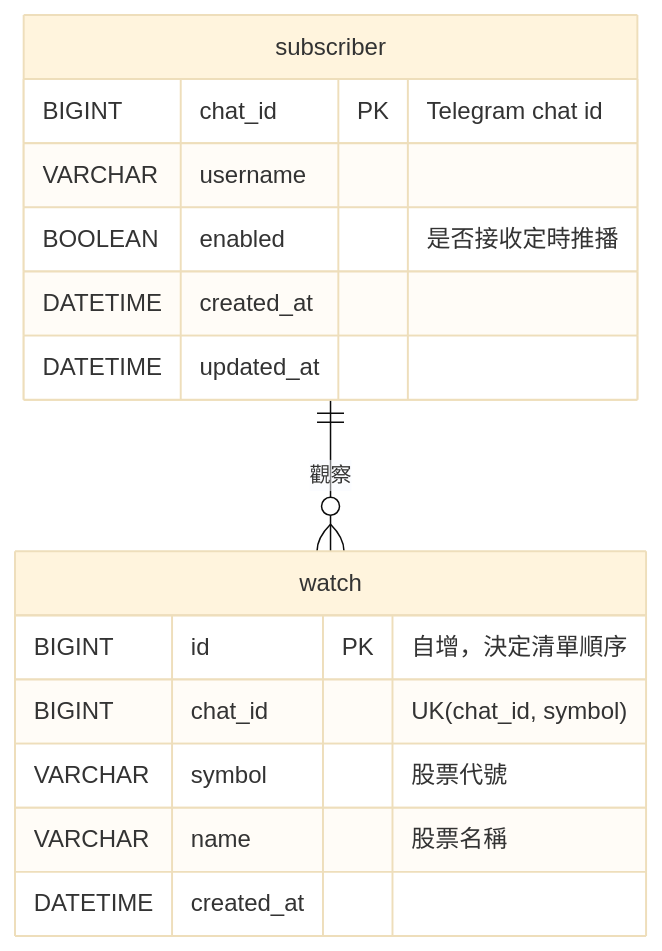
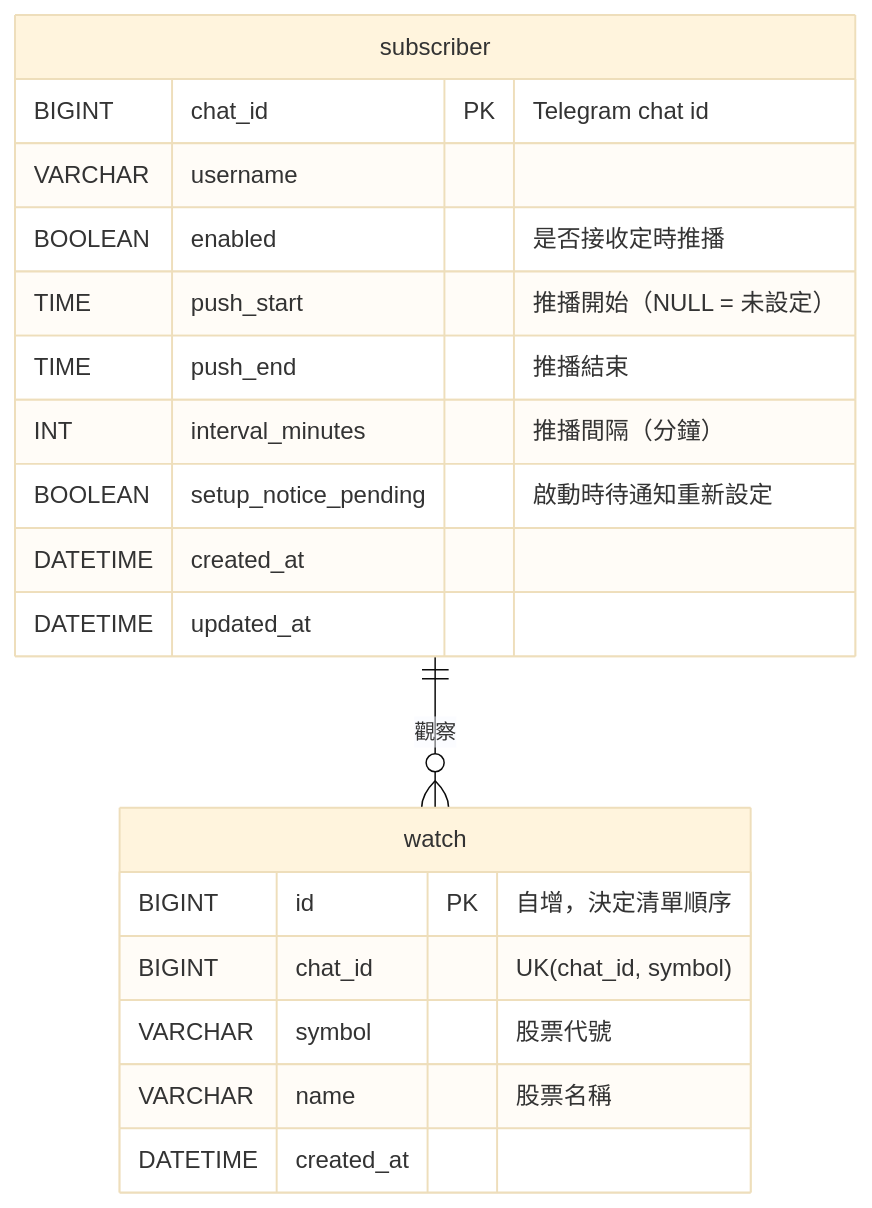
The fifth of 5 diagrams in docs/architecture.md (enochctcg/stock-bot-2), drawn with Mermaid (base theme) before and after one commit. The commit also changed other lines of this file and 19 other files, not shown here.

````diff
--- a/docs/architecture.md
+++ b/docs/architecture.md
@@ -147,18 +183,22 @@
 ```mermaid
 erDiagram
     subscriber ||--o{ watch : "觀察"
     subscriber {
         BIGINT chat_id PK "Telegram chat id"
         VARCHAR username
         BOOLEAN enabled "是否接收定時推播"
+        TIME push_start "推播開始（NULL = 未設定）"
+        TIME push_end "推播結束"
+        INT interval_minutes "推播間隔（分鐘）"
+        BOOLEAN setup_notice_pending "啟動時待通知重新設定"
         DATETIME created_at
         DATETIME updated_at
     }
     watch {
         BIGINT id PK "自增，決定清單順序"
         BIGINT chat_id "UK(chat_id, symbol)"
         VARCHAR symbol "股票代號"
         VARCHAR name "股票名稱"
         DATETIME created_at
     }
 ```
````
